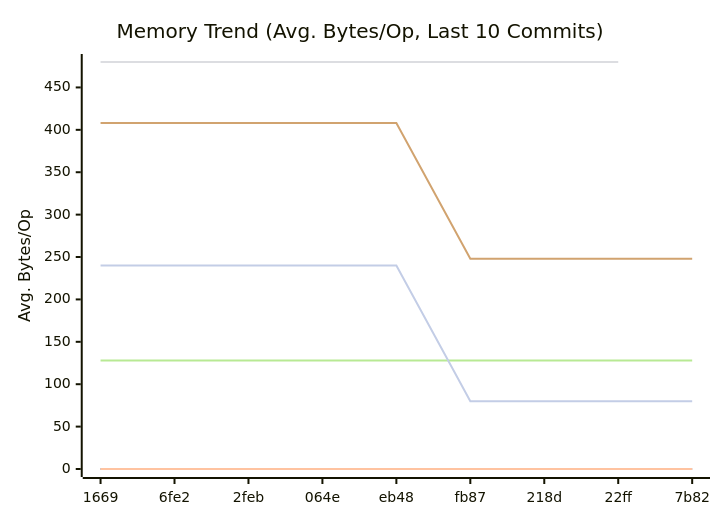
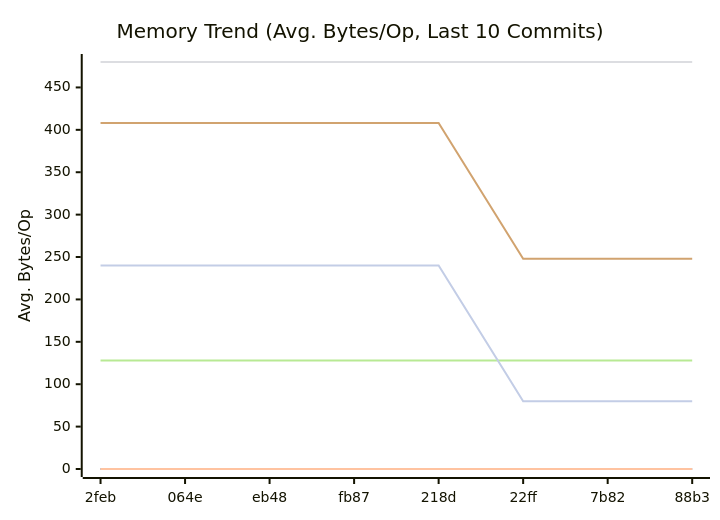
Before and after one commit to alsotoes/momo: the second of 3 diagrams in doc/README.md, drawn with Mermaid. The commit also changed other lines of this file and 1 other file, not shown here.

````diff
--- a/doc/README.md
+++ b/doc/README.md
@@ -311,14 +311,14 @@
 ```mermaid
 xychart-beta
     title "Memory Trend (Avg. Bytes/Op, Last 10 Commits)"
     x-axis "Commit"
     y-axis "Avg. Bytes/Op"
-    x-axis [1669,6fe2,2feb,064e,eb48,fb87,218d,22ff,7b82]
+    x-axis [2feb,064e,eb48,fb87,218d,22ff,7b82,88b3]
     line "CheckMetricsAndSwap" [0,0,0,0,0,0,0,0,0,0]
     line "IndexDirectTracking" [0,0,0,0,0,0,0,0,0,0]
     line "IndexSearch" [0,0,0,0,0,0,0,0,0,0]
-    line "LoadGlobalConfig" [480,480,480,480,480,480,480,480]
+    line "LoadGlobalConfig" [480,480,480,480,480,480,480,480,480]
     line "PadString" [128,128,128,128,128,128,128,128,128,128]
     line "ParseReplicationOrder_NoPrealloc" [408,408,408,408,408,248,248,248,248,248]
     line "ParseReplicationOrder_Prealloc" [240,240,240,240,240,80,80,80,80,80]
 ```
````
